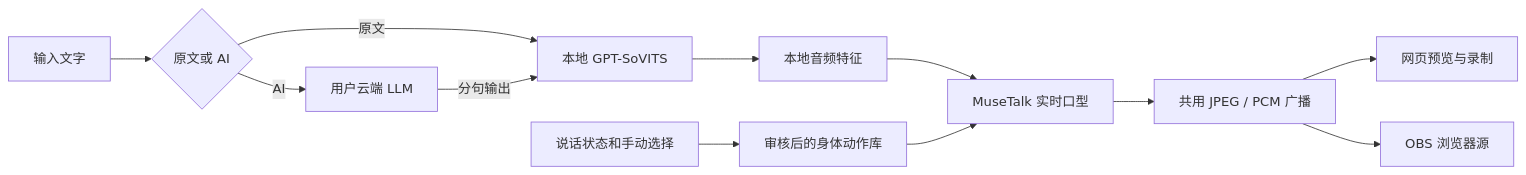
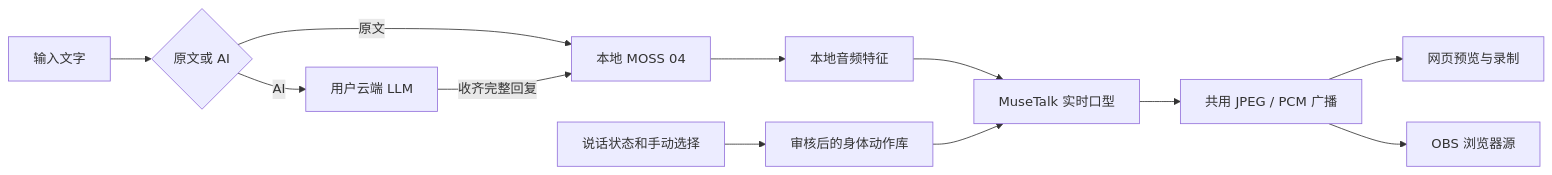
The diagram in README.zh-CN.md (wikigsroom/Ai-Talk-Streamer), drawn with Mermaid before and after one commit. The commit also changed other lines of this file and 40 other files, not shown here.

````diff
--- a/README.zh-CN.md
+++ b/README.zh-CN.md
@@ -51,14 +55,14 @@
 ```mermaid
 flowchart LR
     A[输入文字] --> B{原文或 AI}
-    B -->|原文| D[本地 GPT-SoVITS]
+    B -->|原文| D[本地 MOSS 04]
     B -->|AI| C[用户云端 LLM]
-    C -->|分句输出| D
+    C -->|收齐完整回复| D
     D --> E[本地音频特征]
     E --> F[MuseTalk 实时口型]
     G[审核后的身体动作库] --> F
     H[说话状态和手动选择] --> G
     F --> I[共用 JPEG / PCM 广播]
     I --> J[网页预览与录制]
     I --> K[OBS 浏览器源]
 ```
````
